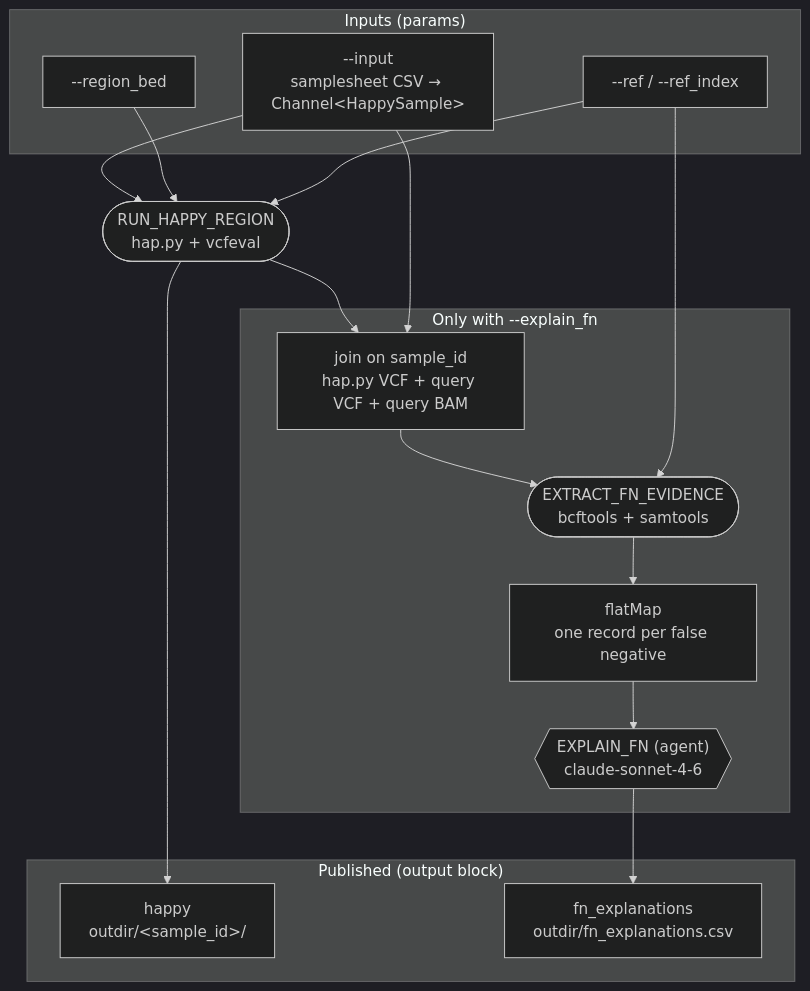
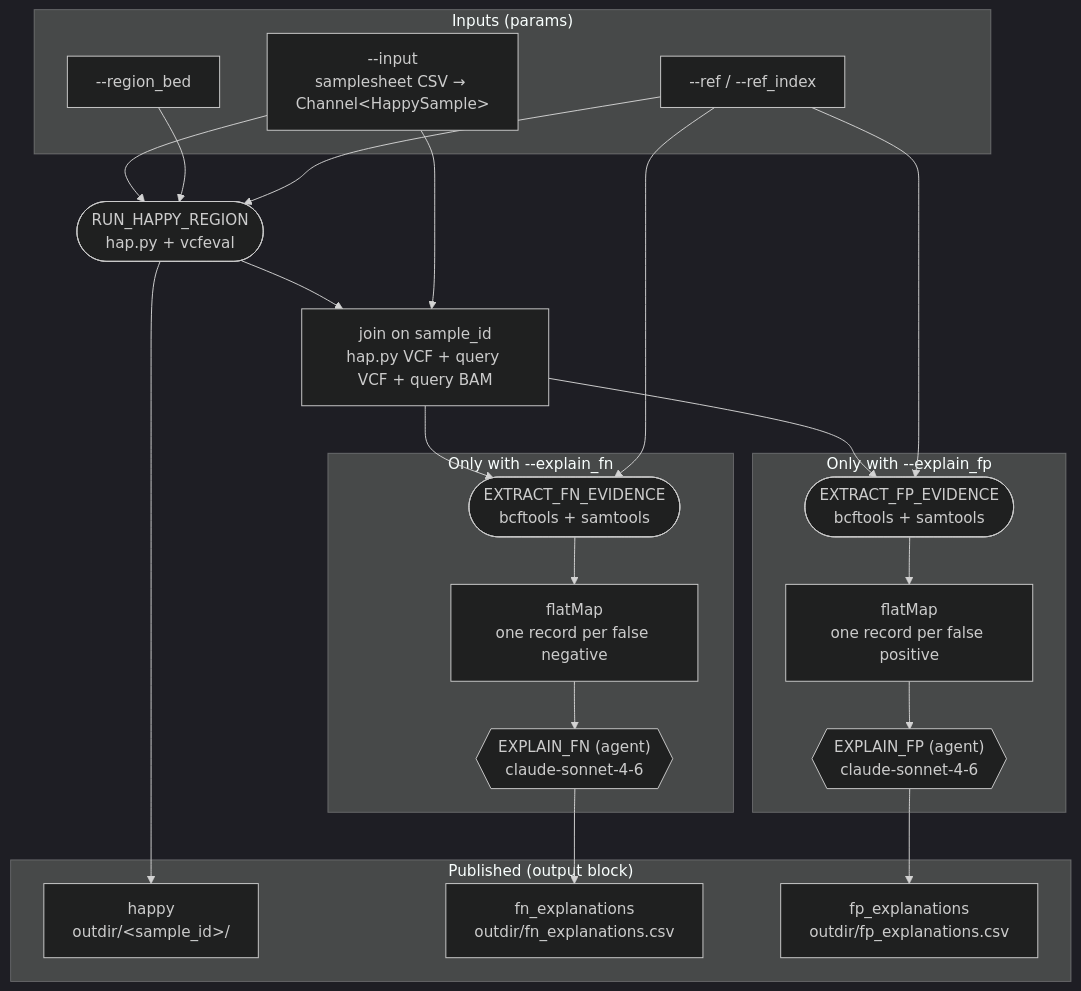
One commit to indapa/nextflow-run-happy-region changed the diagram in docs/dag.mmd. Above: the diagram before and after it, drawn with Mermaid (dark theme). The commit also changed 4 other files, not shown here.

First line of the commit message:
Add EXPLAIN_FP agent to investigate false positives

```diff
--- a/docs/dag.mmd
+++ b/docs/dag.mmd
@@ -1,28 +1,39 @@
 flowchart TB
     subgraph inputs ["Inputs (params)"]
     v0["--input<br/>samplesheet CSV → Channel&lt;HappySample&gt;"]
     v1["--region_bed"]
     v2["--ref / --ref_index"]
     end
     v4(["RUN_HAPPY_REGION<br/>hap.py + vcfeval"])
+    v6["join on sample_id<br/>hap.py VCF + query VCF + query BAM"]
     subgraph explain ["Only with --explain_fn"]
-    v6["join on sample_id<br/>hap.py VCF + query VCF + query BAM"]
     v7(["EXTRACT_FN_EVIDENCE<br/>bcftools + samtools"])
     v8["flatMap<br/>one record per false negative"]
     v9{{"EXPLAIN_FN (agent)<br/>claude-sonnet-4-6"}}
     end
+    subgraph explainfp ["Only with --explain_fp"]
+    v11(["EXTRACT_FP_EVIDENCE<br/>bcftools + samtools"])
+    v12["flatMap<br/>one record per false positive"]
+    v13{{"EXPLAIN_FP (agent)<br/>claude-sonnet-4-6"}}
+    end
     subgraph outputs ["Published (output block)"]
     v5["happy<br/>outdir/&lt;sample_id&gt;/"]
     v10["fn_explanations<br/>outdir/fn_explanations.csv"]
+    v14["fp_explanations<br/>outdir/fp_explanations.csv"]
     end
     v0 --> v4
     v1 --> v4
     v2 --> v4
     v4 --> v5
     v4 --> v6
     v0 --> v6
     v6 --> v7
     v2 --> v7
     v7 --> v8
     v8 --> v9
     v9 --> v10
+    v6 --> v11
+    v2 --> v11
+    v11 --> v12
+    v12 --> v13
+    v13 --> v14
```
